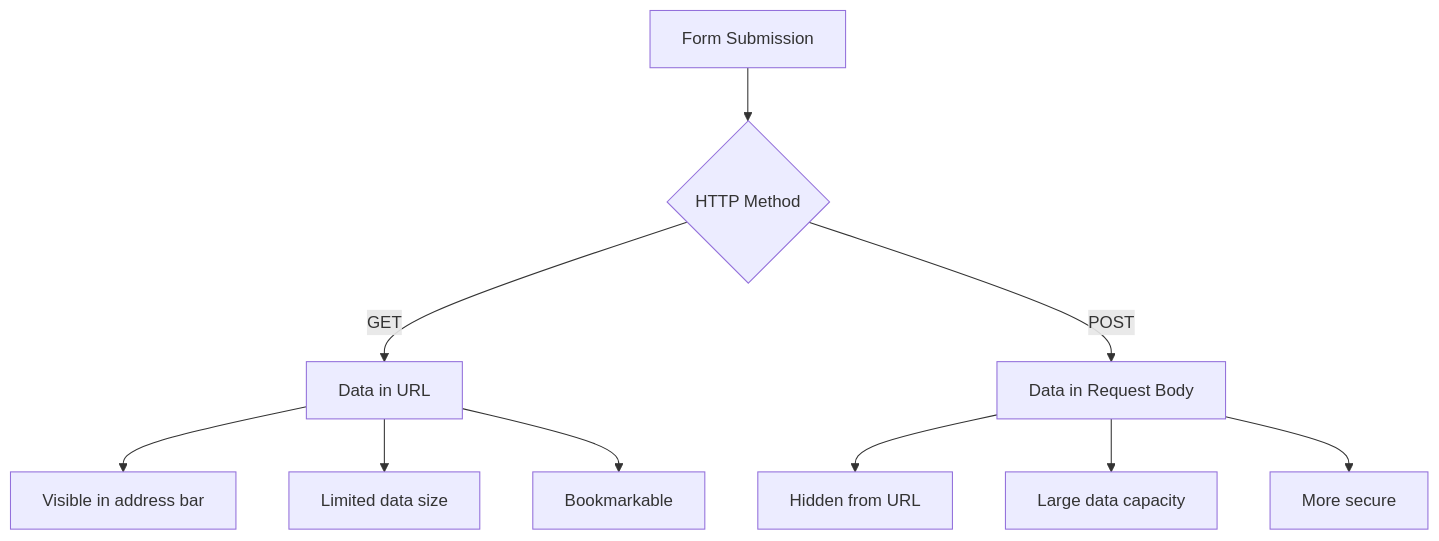
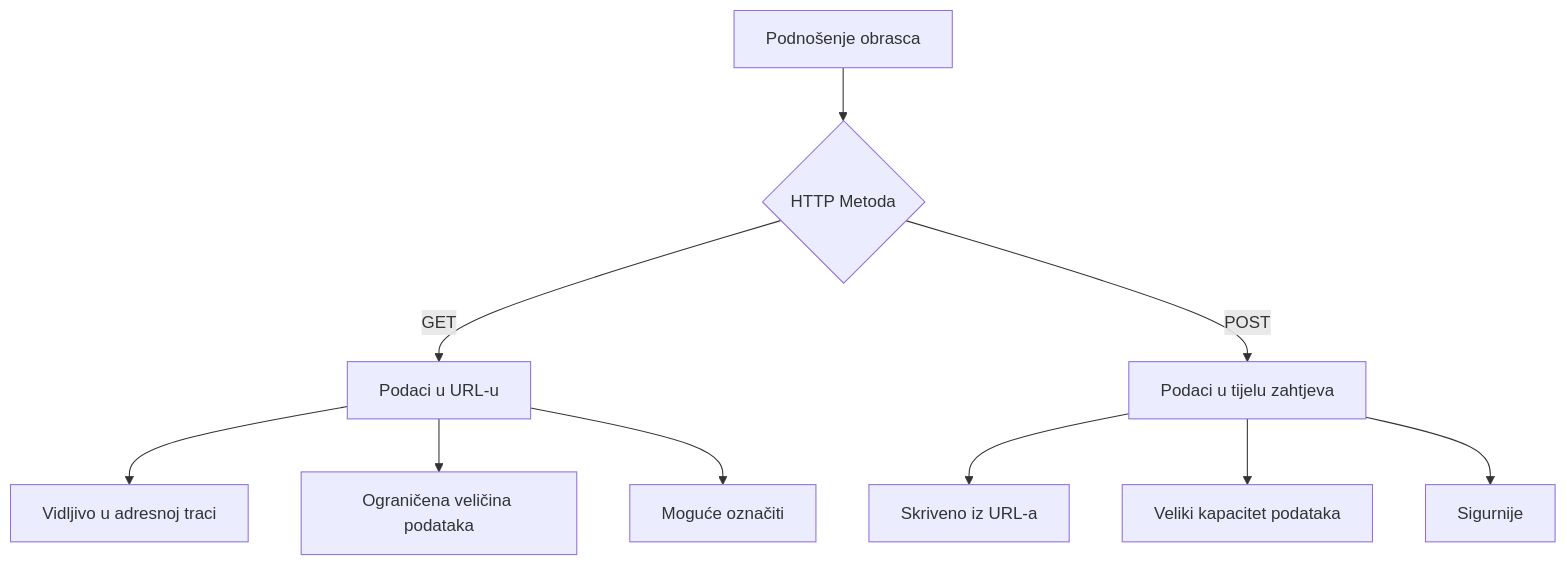
One commit to microsoft/Web-Dev-For-Beginners changed the fourth of 9 diagrams in translations/hr/7-bank-project/2-forms/README.md. Above: the diagram before and after it, drawn with Mermaid. The commit also changed other lines of this file and 41 other files, not shown here.

````diff
--- a/translations/hr/7-bank-project/2-forms/README.md
+++ b/translations/hr/7-bank-project/2-forms/README.md
@@ -239,14 +299,14 @@
 ```mermaid
 graph TD
-    A[Form Submission] --> B{HTTP Method}
-    B -->|GET| C[Data in URL]
-    B -->|POST| D[Data in Request Body]
+    A[Podnošenje obrasca] --> B{HTTP Metoda}
+    B -->|GET| C[Podaci u URL-u]
+    B -->|POST| D[Podaci u tijelu zahtjeva]
     
-    C --> E[Visible in address bar]
-    C --> F[Limited data size]
-    C --> G[Bookmarkable]
+    C --> E[Vidljivo u adresnoj traci]
+    C --> F[Ograničena veličina podataka]
+    C --> G[Moguće označiti]
     
-    D --> H[Hidden from URL]
-    D --> I[Large data capacity]
-    D --> J[More secure]
+    D --> H[Skriveno iz URL-a]
+    D --> I[Veliki kapacitet podataka]
+    D --> J[Sigurnije]
 ```
````
